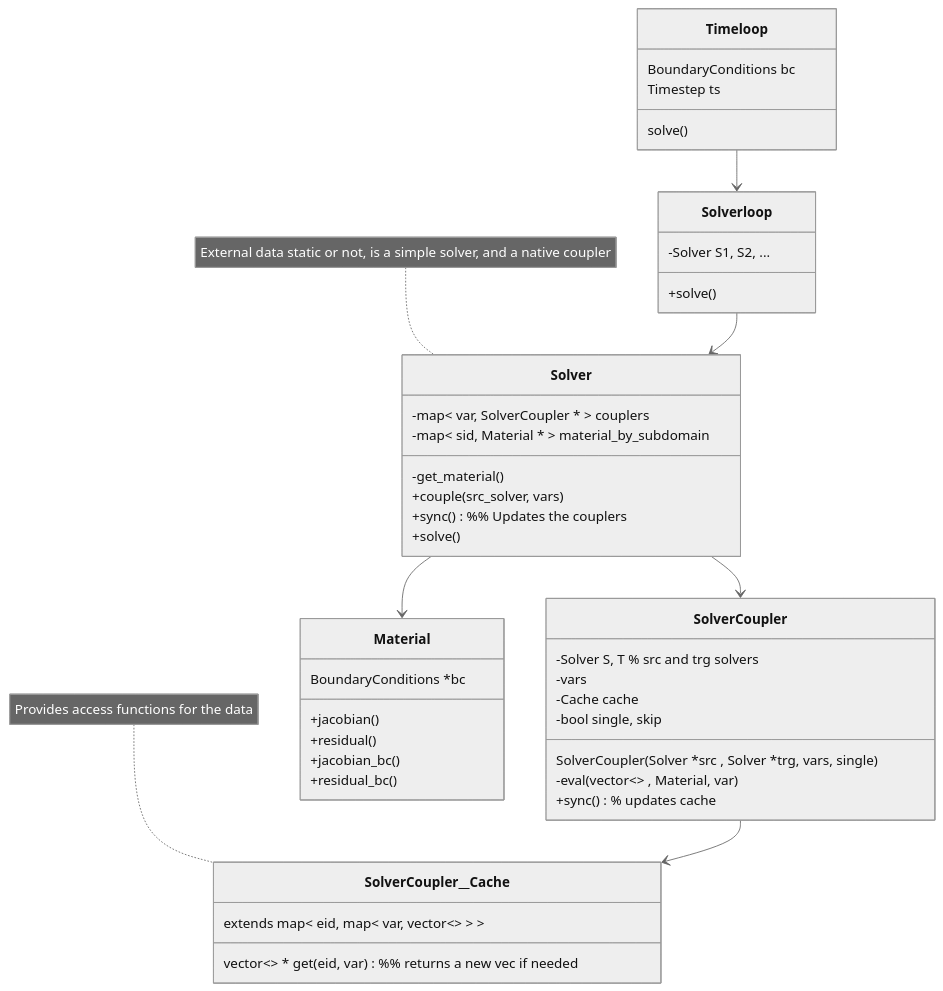
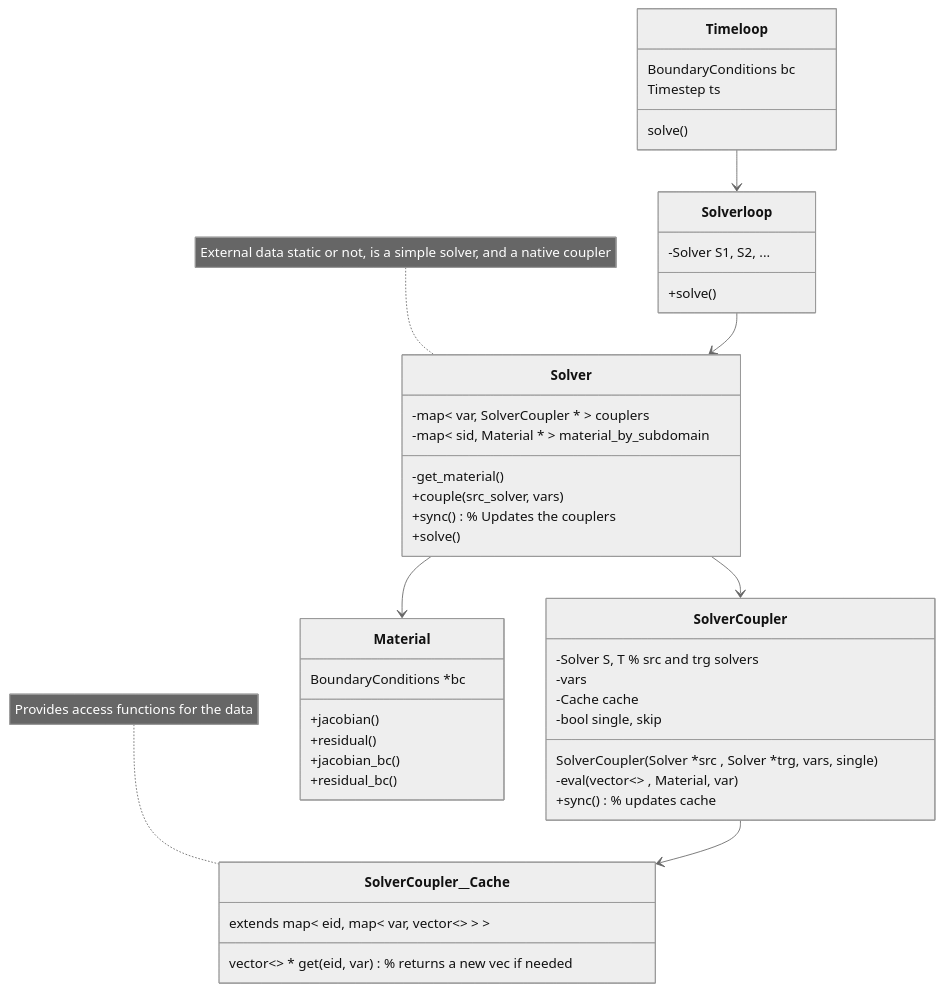
One commit to rebpoli/harpy changed the first of 2 diagrams in doc/Description.md. Above: the diagram before and after it, drawn with Mermaid (neutral theme).

````diff
--- a/doc/Description.md
+++ b/doc/Description.md
@@ -20,59 +20,59 @@
 ```mermaid
 %% Interfaces, abstract classes
 classDiagram
     class Timeloop { 
         BoundaryConditions bc
         Timestep ts
         solve()
     }
 
     %% The solver loop couples the solvers
     class Solverloop {
         -Solver S1, S2, ...
         +solve()
     }
 
     %% Does the calculations and hold the cached data needed to couple SRC->TRG
     %% Can be specialized for more complex data types (e.g. stress or velocities)
     class SolverCoupler__Cache {
         extends map< eid, map< var, vector<> > >
-        vector<> * get( eid, var ) %% returns a new vec if needed
+        vector<> * get( eid, var ) % returns a new vec if needed
     }
     note for SolverCoupler__Cache "Provides access functions for the data"
     class SolverCoupler {
         SolverCoupler( Solver *src , Solver *trg, vars, single )
         -Solver S, T % src and trg solvers
         -vars
         -Cache cache
         -bool single, skip
         -eval( vector<> , Material, var )
         +sync() % updates cache
     }
     SolverCoupler --> SolverCoupler__Cache
 
     %% The solver keeps its own couplers
     class Solver {
         -map< var, SolverCoupler * > couplers
         -map< sid, Material * > material_by_subdomain
         -get_material()
         +couple(src_solver, vars)
-        +sync()  %% Updates the couplers
+        +sync()  % Updates the couplers
         +solve()
     }
     Solver--> SolverCoupler
     note for Solver "External data static or not, is a simple solver, and a native coupler"
 
 
     class Material {
         BoundaryConditions *bc
         +jacobian()
         +residual()
         +jacobian_bc()
         +residual_bc()
     }
 
     Timeloop --> Solverloop
     Solverloop --> Solver
     Solver --> Material
 
 ```
````
